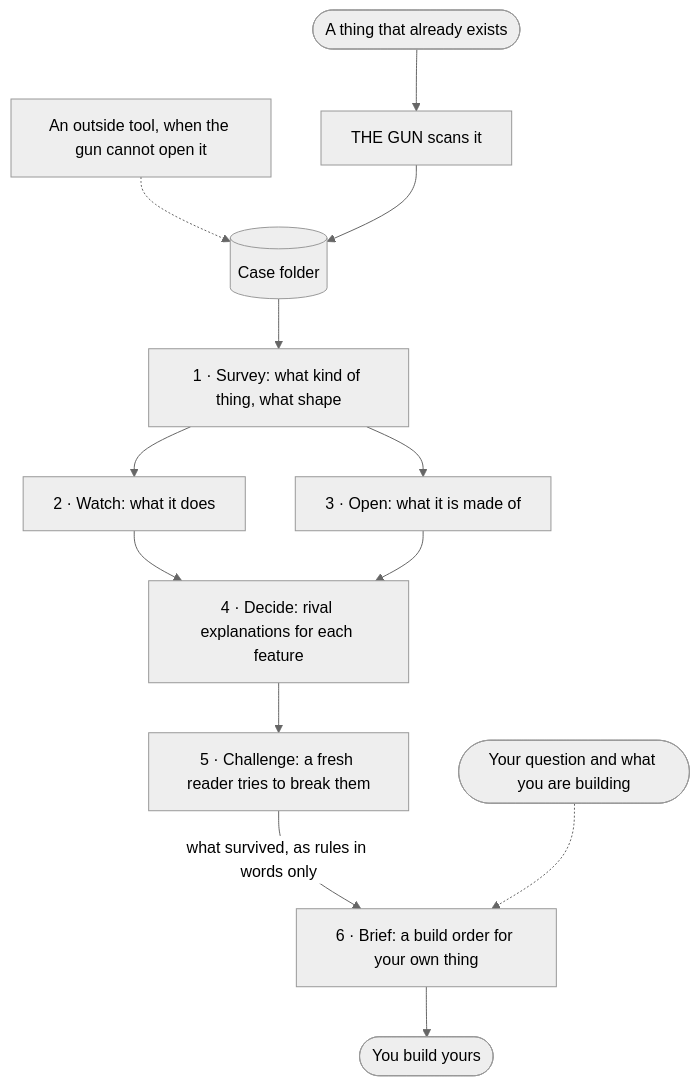
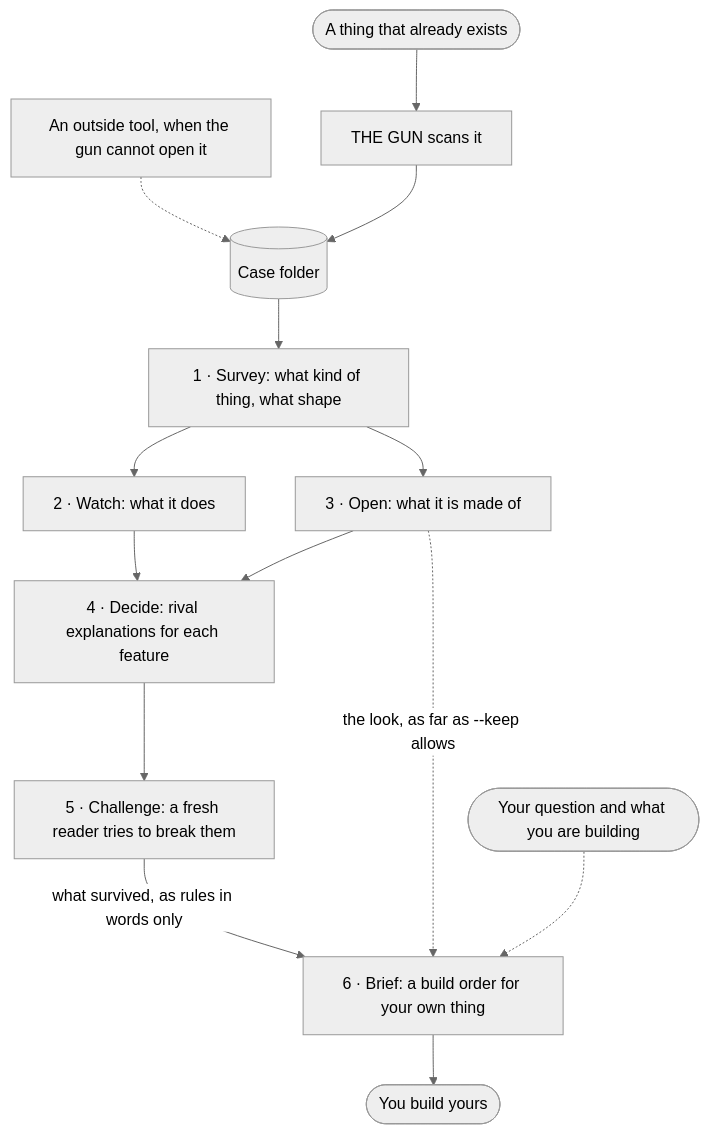
Before and after one commit to ayakohi/x-ray-gun: the diagram in README.md, drawn with Mermaid (neutral theme). The commit also changed other lines of this file, not shown here.

Commit message:
README: bring the diagram, limits and tested list up to date with 1.3.3

````diff
--- a/README.md
+++ b/README.md
@@ -11,15 +11,16 @@
 ```mermaid
 flowchart TD
     T(["A thing that already exists"]) --> G["THE GUN scans it"]
     X["An outside tool, when the gun cannot open it"] -.-> C
     G --> C[("Case folder")]
     C --> S["1 · Survey: what kind of thing, what shape"]
     S --> W["2 · Watch: what it does"]
     S --> O["3 · Open: what it is made of"]
     W --> D["4 · Decide: rival explanations for each feature"]
     O --> D
     D --> H["5 · Challenge: a fresh reader tries to break them"]
     H -- "what survived, as rules in words only" --> B["6 · Brief: a build order for your own thing"]
+    O -. "the look, as far as --keep allows" .-> B
     Q(["Your question and what you are building"]) -.-> B
     B --> Y(["You build yours"])
 ```
````
